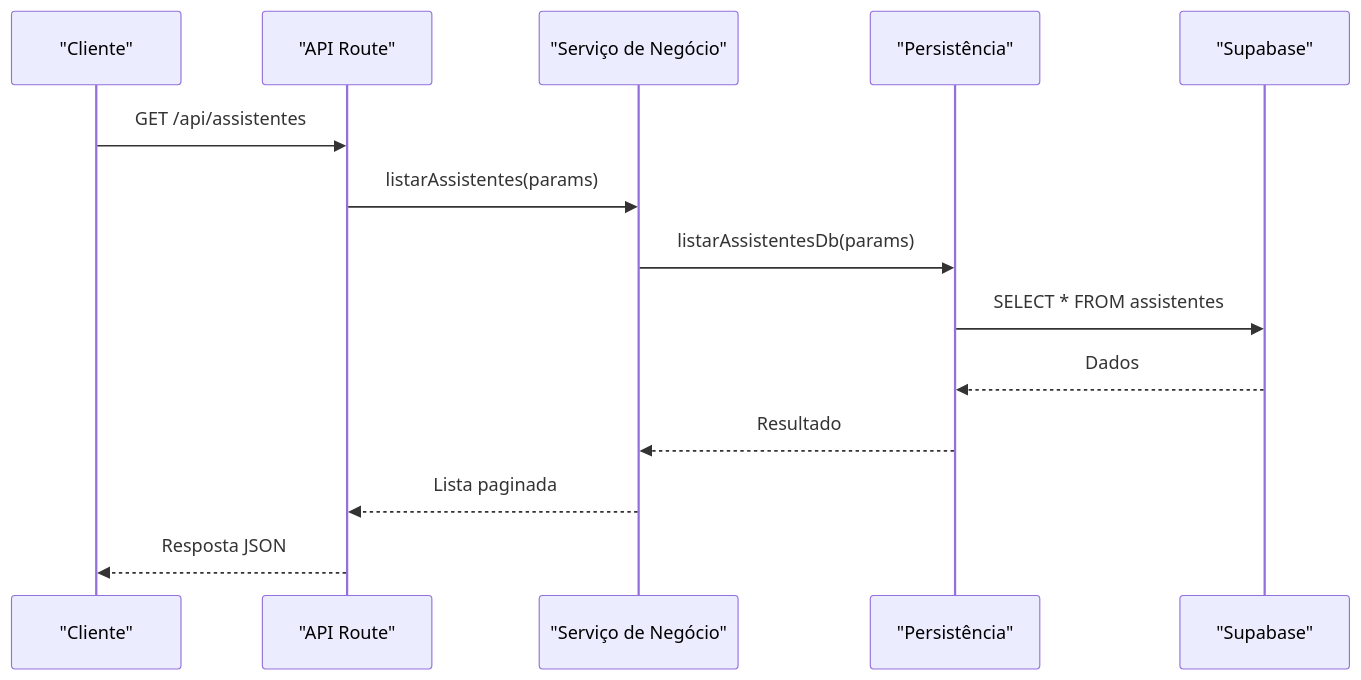
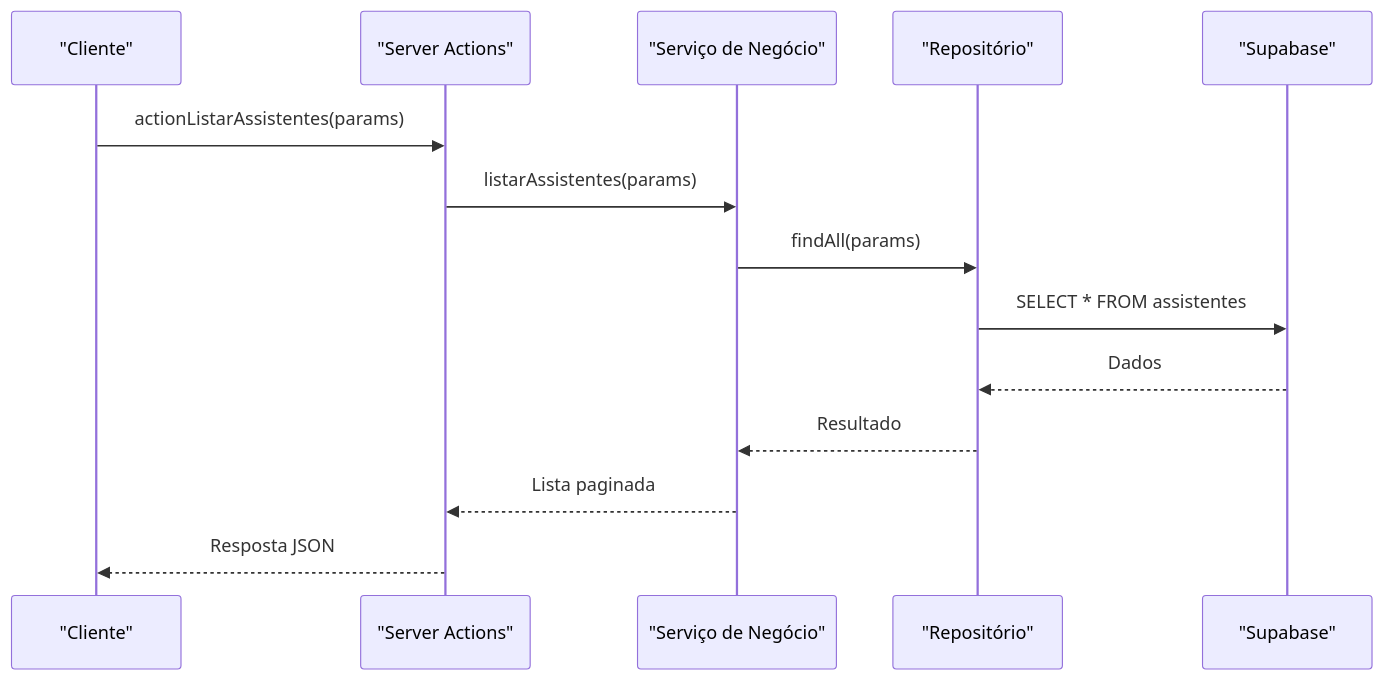
Before and after one commit to SinesysTech/zattar-os: the third of 6 diagrams in .qoder/repowiki/pt/content/Módulos de Funcionalidade/Assistentes.md, drawn with Mermaid. The commit also changed other lines of this file and 14 other files, not shown here.

First line of the commit message:
feat(assistentes): atualizar arquitetura para server actions e padrão repository

````diff
--- a/.qoder/repowiki/pt/content/Módulos de Funcionalidade/Assistentes.md
+++ b/.qoder/repowiki/pt/content/Módulos de Funcionalidade/Assistentes.md
@@ -85,16 +95,16 @@
 ```mermaid
 sequenceDiagram
 participant Cliente as "Cliente"
-participant API as "API Route"
+participant Actions as "Server Actions"
 participant Serviço as "Serviço de Negócio"
-participant Persistência as "Persistência"
+participant Repositório as "Repositório"
 participant Banco as "Supabase"
-Cliente->>API : GET /api/assistentes
-API->>Serviço : listarAssistentes(params)
-Serviço->>Persistência : listarAssistentesDb(params)
-Persistência->>Banco : SELECT * FROM assistentes
-Banco-->>Persistência : Dados
-Persistência-->>Serviço : Resultado
-Serviço-->>API : Lista paginada
-API-->>Cliente : Resposta JSON
+Cliente->>Actions : actionListarAssistentes(params)
+Actions->>Serviço : listarAssistentes(params)
+Serviço->>Repositório : findAll(params)
+Repositório->>Banco : SELECT * FROM assistentes
+Banco-->>Repositório : Dados
+Repositório-->>Serviço : Resultado
+Serviço-->>Actions : Lista paginada
+Actions-->>Cliente : Resposta JSON
 ```
````
